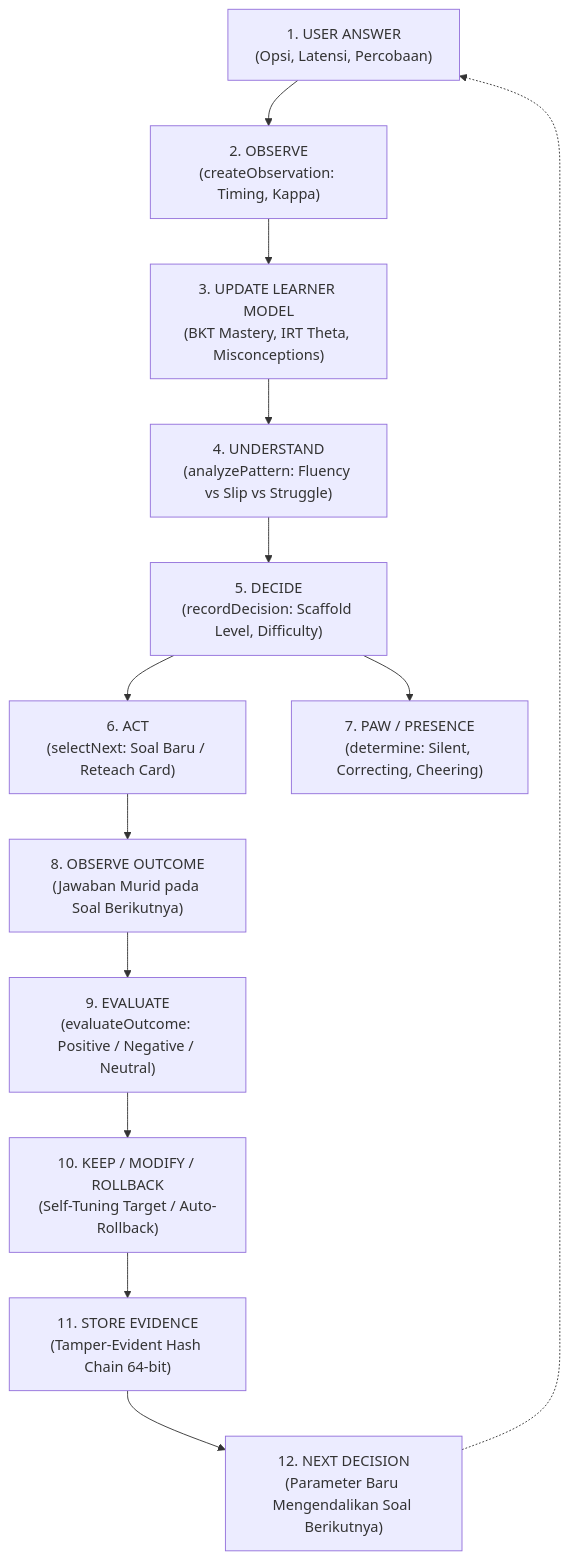
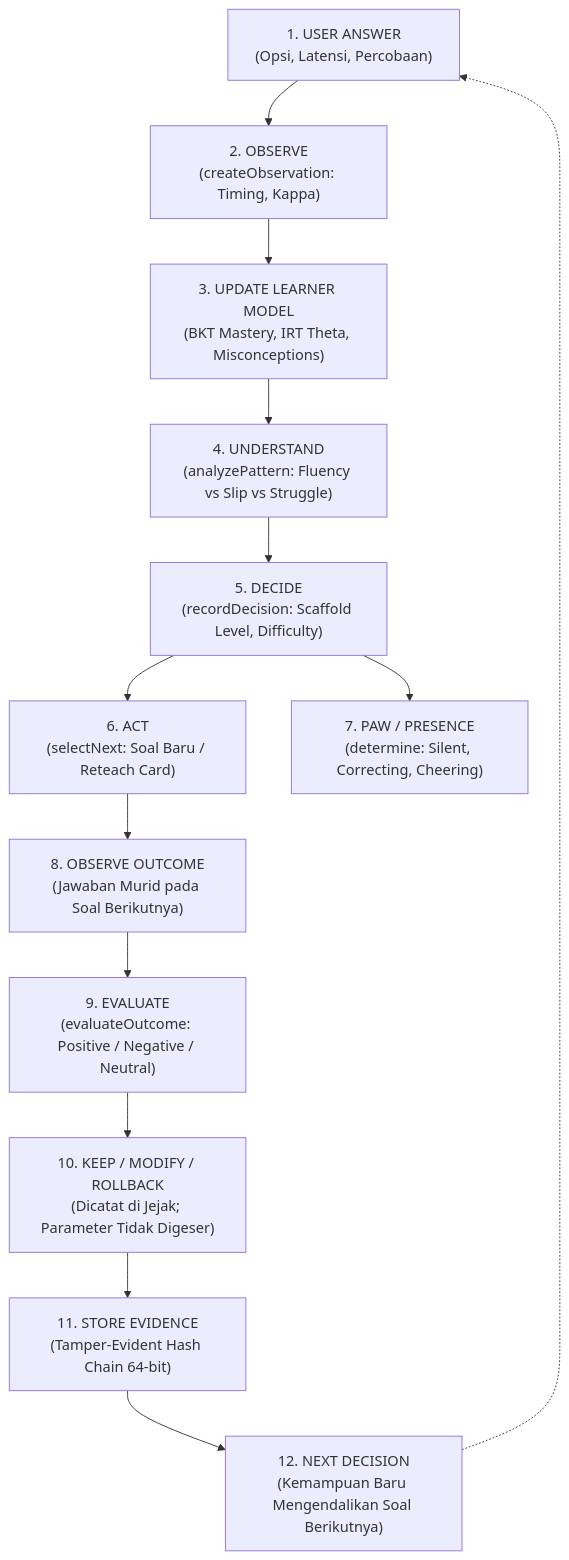
Before and after one commit to FIEZEL-APPS/FIEZEL-APPS: the diagram in docs/BRAINCORE-RUNTIME-TRACE.md, drawn with Mermaid. The commit also changed other lines of this file and 41 other files, not shown here.

````diff
--- a/docs/BRAINCORE-RUNTIME-TRACE.md
+++ b/docs/BRAINCORE-RUNTIME-TRACE.md
@@ -10,15 +10,15 @@
 ```mermaid
 flowchart TD
     S1["1. USER ANSWER\n(Opsi, Latensi, Percobaan)"] --> S2["2. OBSERVE\n(createObservation: Timing, Kappa)"]
     S2 --> S3["3. UPDATE LEARNER MODEL\n(BKT Mastery, IRT Theta, Misconceptions)"]
     S3 --> S4["4. UNDERSTAND\n(analyzePattern: Fluency vs Slip vs Struggle)"]
     S4 --> S5["5. DECIDE\n(recordDecision: Scaffold Level, Difficulty)"]
     S5 --> S6["6. ACT\n(selectNext: Soal Baru / Reteach Card)"]
     S5 --> S7["7. PAW / PRESENCE\n(determine: Silent, Correcting, Cheering)"]
     S6 --> S8["8. OBSERVE OUTCOME\n(Jawaban Murid pada Soal Berikutnya)"]
     S8 --> S9["9. EVALUATE\n(evaluateOutcome: Positive / Negative / Neutral)"]
-    S9 --> S10["10. KEEP / MODIFY / ROLLBACK\n(Self-Tuning Target / Auto-Rollback)"]
+    S9 --> S10["10. KEEP / MODIFY / ROLLBACK\n(Dicatat di Jejak; Parameter Tidak Digeser)"]
     S10 --> S11["11. STORE EVIDENCE\n(Tamper-Evident Hash Chain 64-bit)"]
-    S11 --> S12["12. NEXT DECISION\n(Parameter Baru Mengendalikan Soal Berikutnya)"]
+    S11 --> S12["12. NEXT DECISION\n(Kemampuan Baru Mengendalikan Soal Berikutnya)"]
     S12 -.-> S1
 ```
````
